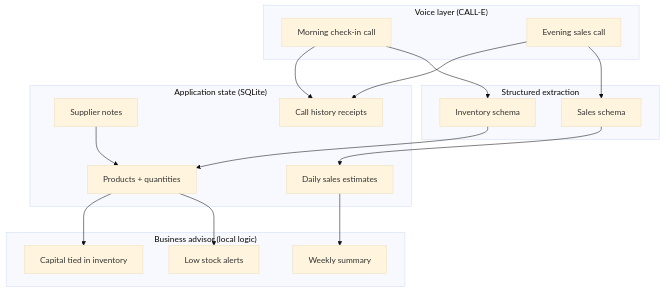
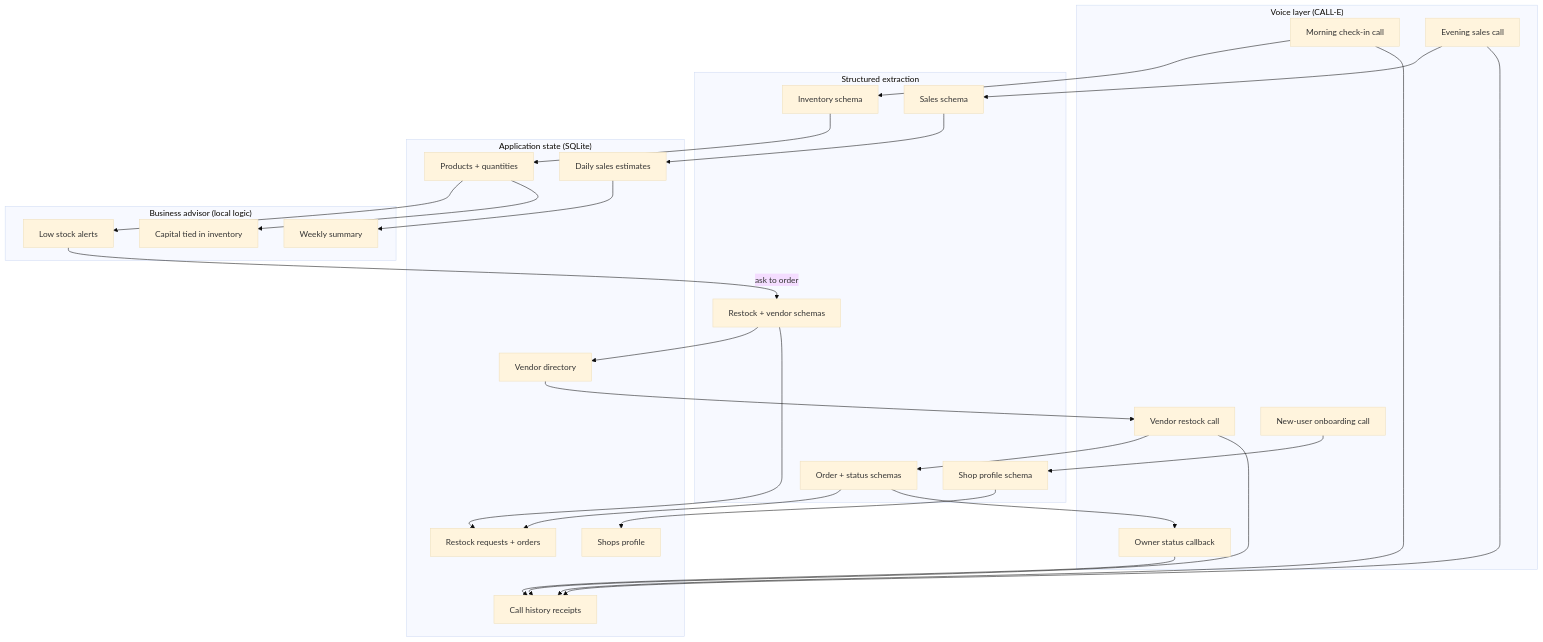
The diagram in docs/projects/voice-shop-manager/PROJECT_PLAN.md (Awwal41/awesome-phone-call-agents), drawn with Mermaid (base theme) before and after one commit. The commit also changed other lines of this file and 12 other files, not shown here.

First line of the commit message:
feat: add Phase 2 vendor schema, safety, and new-goods capture

````diff
--- a/docs/projects/voice-shop-manager/PROJECT_PLAN.md
+++ b/docs/projects/voice-shop-manager/PROJECT_PLAN.md
@@ -309,34 +312,49 @@
 ```mermaid
 flowchart TB
     subgraph Voice["Voice layer (CALL-E)"]
         A[Morning check-in call]
         B[Evening sales call]
+        V[Vendor restock call]
+        CB[Owner status callback]
+        ON[New-user onboarding call]
     end
 
     subgraph Extract["Structured extraction"]
         C[Inventory schema]
         D[Sales schema]
+        R[Restock + vendor schemas]
+        O[Order + status schemas]
+        P[Shop profile schema]
     end
 
     subgraph Store["Application state (SQLite)"]
         E[Products + quantities]
         F[Daily sales estimates]
-        G[Supplier notes]
+        G[Vendor directory]
         H[Call history receipts]
+        Q[Restock requests + orders]
+        S[Shops profile]
     end
 
     subgraph Insight["Business advisor (local logic)"]
         I[Low stock alerts]
         J[Capital tied in inventory]
         K[Weekly summary]
     end
 
     A --> C --> E
     B --> D --> F
     E --> I
+    I -->|ask to order| R
+    R --> G
+    R --> Q
+    G --> V --> O --> Q
+    O --> CB
+    ON --> P --> S
     E --> J
     F --> K
-    G --> E
     A --> H
     B --> H
+    V --> H
+    CB --> H
 ```
````
